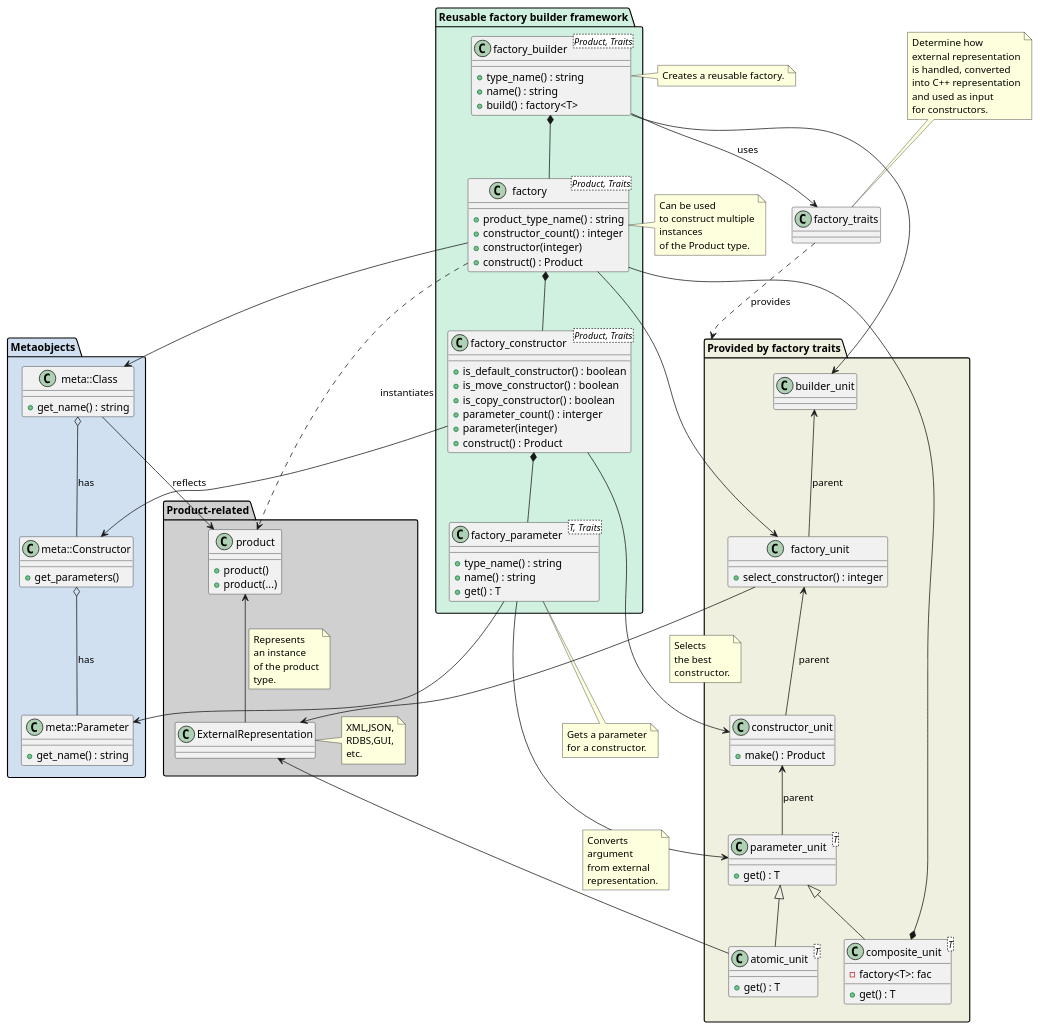
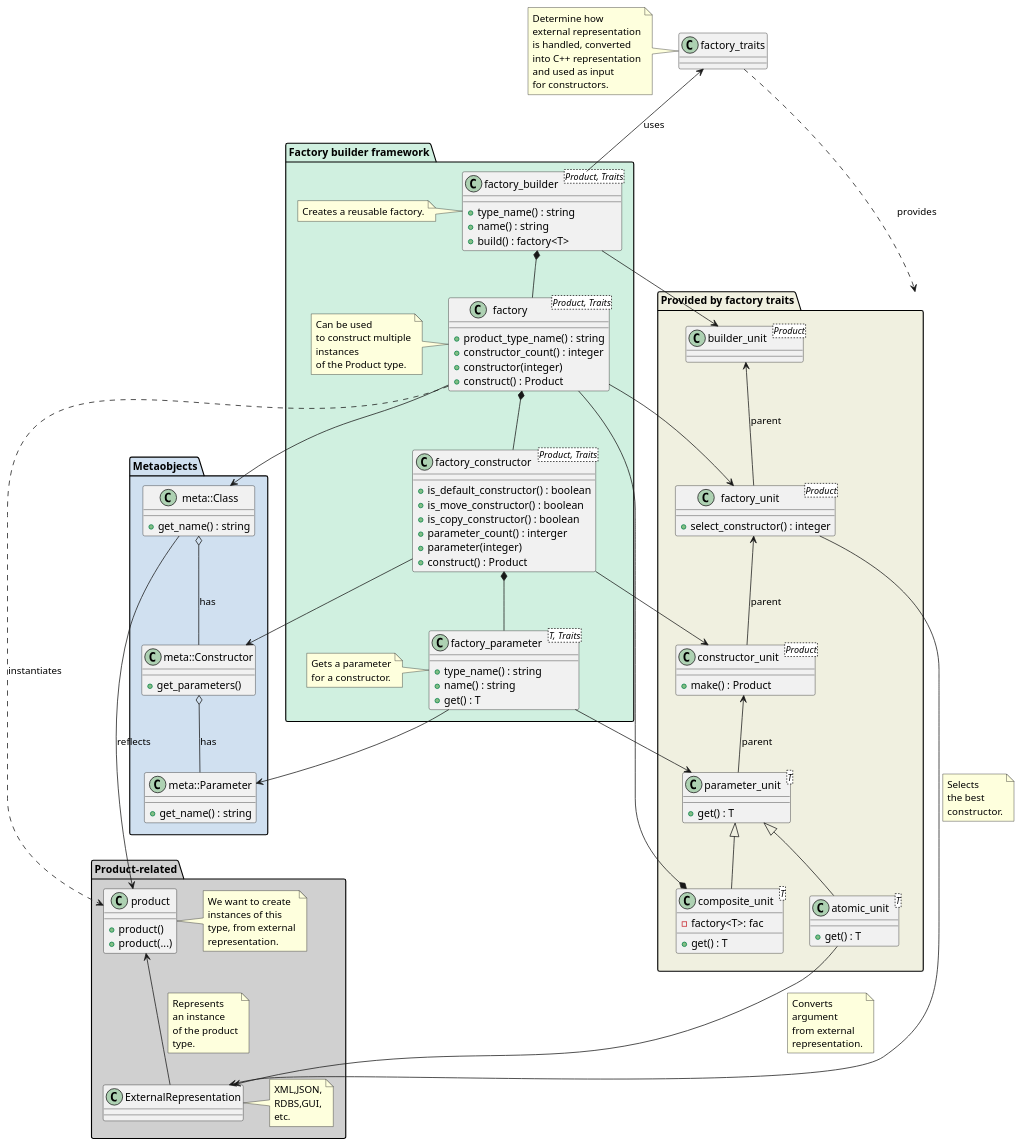
The diagram in doc/diagram/factory_generator.puml (matus-chochlik/mirror), drawn with PlantUML before and after one commit.

Commit message:
Small changes in the factory generator class diagram

```diff
--- a/doc/diagram/factory_generator.puml
+++ b/doc/diagram/factory_generator.puml
@@ -1,133 +1,135 @@
 @startuml
 
 package "Metaobjects" #D0E0F0 {
-	class meta::Parameter {
+	class meta::Class {
 		+get_name() : string
 	}
 
 	class meta::Constructor {
 		+get_parameters()
 	}
 
-	class meta::Class {
+	class meta::Parameter {
 		+get_name() : string
 	}
 }
 
 package "Product-related" #D0D0D0 {
 	class product {
 		+product()
 		+product(...)
 	}
 
+	note right of product : We want to create\ninstances of this\ntype, from external\nrepresentation.
+
 	class ExternalRepresentation {
 	}
 
 	note right of ExternalRepresentation : XML,JSON,\nRDBS,GUI,\netc.
 }
 
-package "Reusable factory builder framework" #D0F0E0 {
+package "Factory builder framework" #D0F0E0 {
 	class factory_builder<Product, Traits> {
 		+type_name() : string
 		+name() : string
 		+build() : factory<T>
 	}
 
 	class factory<Product, Traits> {
 		+product_type_name() : string
 		+constructor_count() : integer
 		+constructor(integer)
 		+construct() : Product
 	}
 
 	class factory_constructor<Product, Traits> {
 		+is_default_constructor() : boolean
 		+is_move_constructor() : boolean
 		+is_copy_constructor() : boolean
 		+parameter_count() : interger
 		+parameter(integer)
 		+construct() : Product
 	}
 
 	class factory_parameter<T, Traits> {
 		+type_name() : string
 		+name() : string
 		+get() : T
 	}
+
+	note left of factory_builder : Creates a reusable factory.
+
+	note left of factory : Can be used\nto construct multiple\ninstances\nof the Product type.
+
+	note left of factory_parameter : Gets a parameter\nfor a constructor.
 }
-
-note left of factory_builder : Creates a reusable factory.
-
-note left of factory : Can be used\nto construct multiple\ninstances\nof the Product type.
-
-note bottom of factory_parameter : Gets a parameter\nfor a constructor.
 
 class factory_traits {
 }
 
-note top of factory_traits : Determine how\nexternal representation\nis handled, converted\ninto C++ representation\nand used as input\nfor constructors.
+note left of factory_traits : Determine how\nexternal representation\nis handled, converted\ninto C++ representation\nand used as input\nfor constructors.
 
 package "Provided by factory traits" #F0F0E0 {
-	class builder_unit {
+	class builder_unit<Product> {
 	}
 
-	class factory_unit {
+	class factory_unit<Product> {
 		+select_constructor() : integer
 	}
 
-	class constructor_unit {
+	class constructor_unit<Product> {
 		+make() : Product
 	}
 
 	class parameter_unit<T> {
 		+get() : T
 	}
 
 	class atomic_unit<T> {
 		+get() : T
 	}
 
 	class composite_unit<T> {
 		-factory<T>: fac
 		+get() : T
 	}
 }
 
 meta::Class o-- meta::Constructor : has
 meta::Constructor o-- meta::Parameter : has
 meta::Class --> product : reflects
 
 product <-- ExternalRepresentation
 note on link : Represents\nan instance\nof the product\ntype.
 
 factory_builder *-- factory
 factory_builder --> builder_unit
 factory *-- factory_constructor
 factory --> factory_unit
 factory ..> product : instantiates
 factory_constructor *-- factory_parameter
 factory_constructor --> constructor_unit
 factory_parameter --> parameter_unit
 
 factory --> meta::Class
 factory_constructor --> meta::Constructor
 factory_parameter --> meta::Parameter
 
 factory_traits ..> "Provided by factory traits" : provides
 
-factory_builder --> factory_traits : uses
+factory_traits <-- factory_builder : uses
 
 parameter_unit <|-- atomic_unit
 parameter_unit <|-- composite_unit
 
 builder_unit <-- factory_unit : parent
 factory_unit <-- constructor_unit : parent
 constructor_unit <-- parameter_unit : parent
 factory --* composite_unit
 
 factory_unit --> ExternalRepresentation
 note on link : Selects\nthe best\nconstructor.
 
-ExternalRepresentation <-- atomic_unit
+atomic_unit --> ExternalRepresentation 
 note on link : Converts\nargument\nfrom external\nrepresentation.
 @enduml
```
